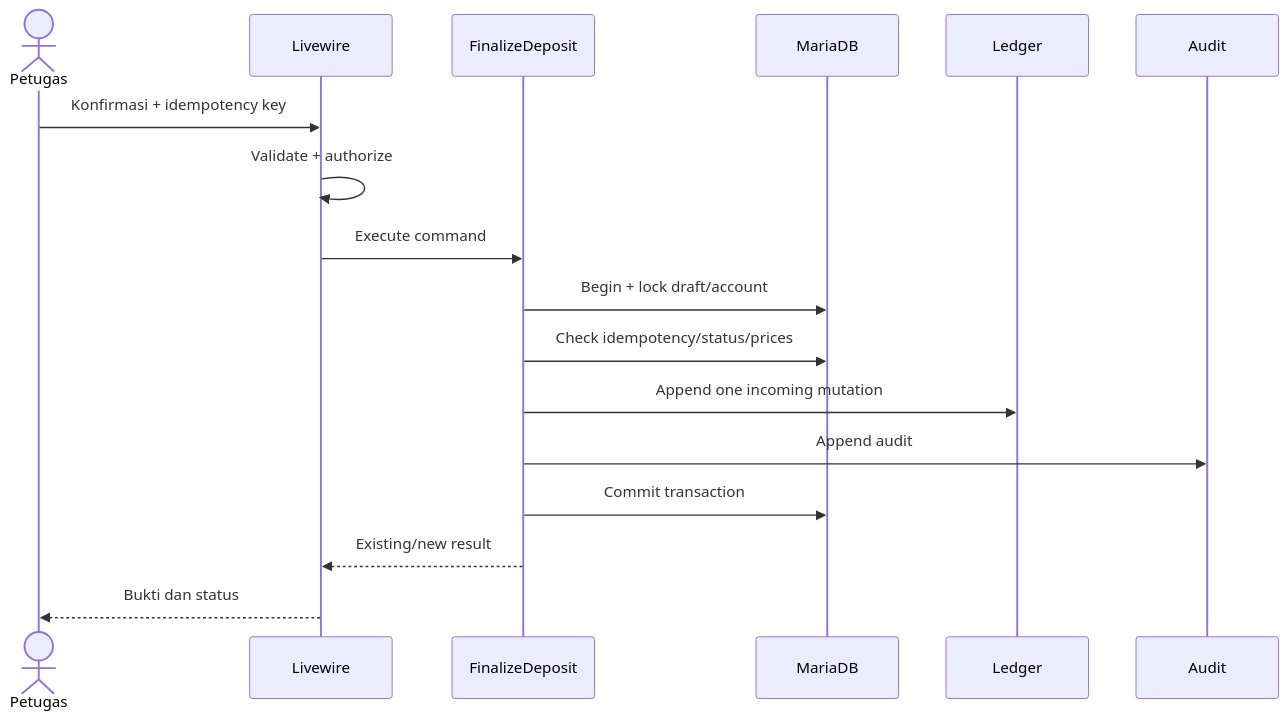
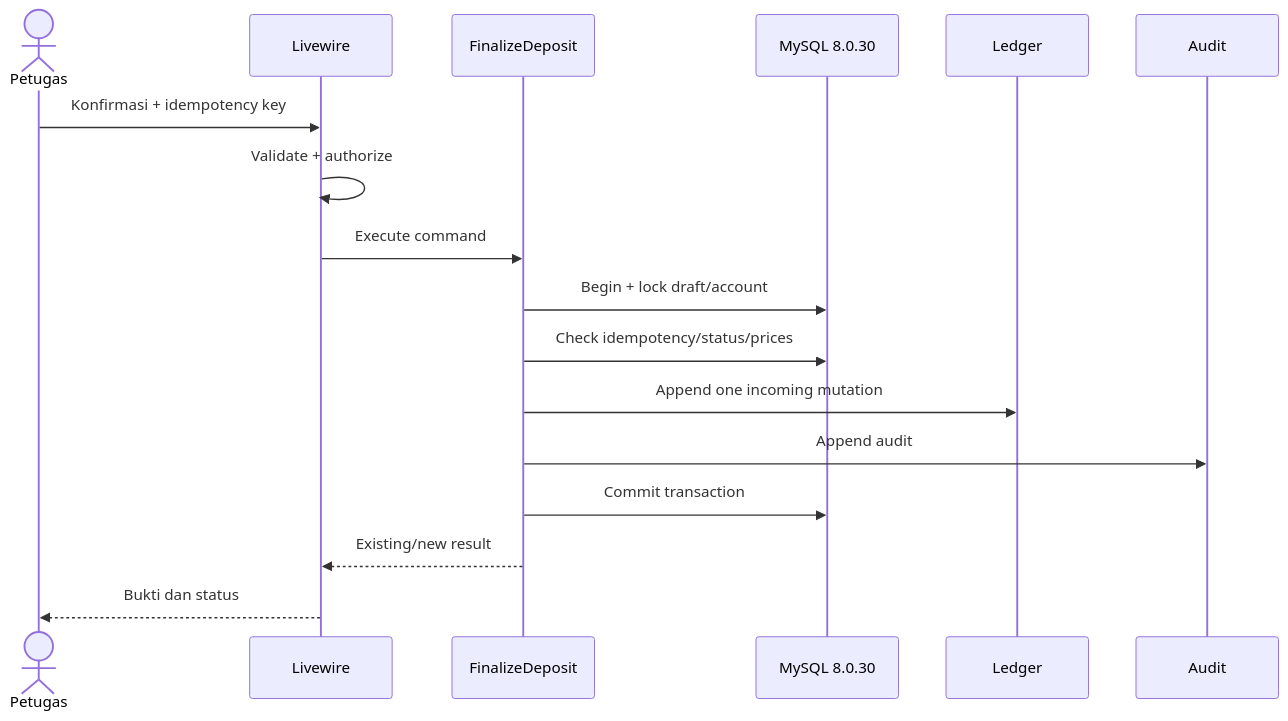
One commit to Faizpi/banksampahsindangheula changed the third of 3 diagrams in docs/ARCHITECTURE.md. Above: the diagram before and after it, drawn with Mermaid. The commit also changed other lines of this file and 11 other files, not shown here.

````diff
--- a/docs/ARCHITECTURE.md
+++ b/docs/ARCHITECTURE.md
@@ -145,19 +145,19 @@
 ```mermaid
 sequenceDiagram
     actor P as Petugas
     participant UI as Livewire
     participant A as FinalizeDeposit
-    participant DB as MariaDB
+    participant DB as MySQL 8.0.30
     participant L as Ledger
     participant AU as Audit
     P->>UI: Konfirmasi + idempotency key
     UI->>UI: Validate + authorize
     UI->>A: Execute command
     A->>DB: Begin + lock draft/account
     A->>DB: Check idempotency/status/prices
     A->>L: Append one incoming mutation
     A->>AU: Append audit
     A->>DB: Commit transaction
     A-->>UI: Existing/new result
     UI-->>P: Bukti dan status
 ```
````
